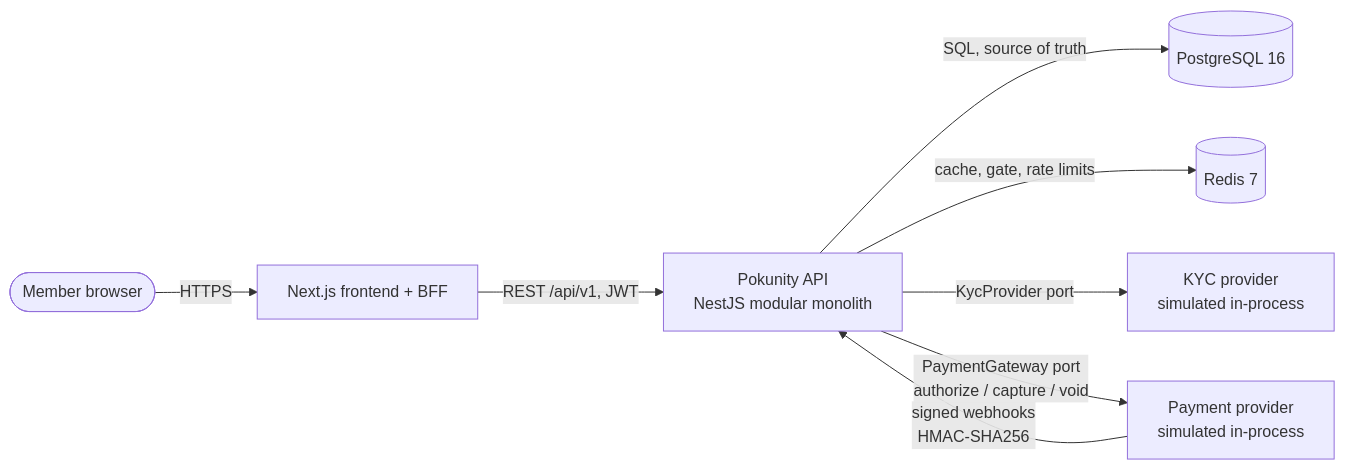
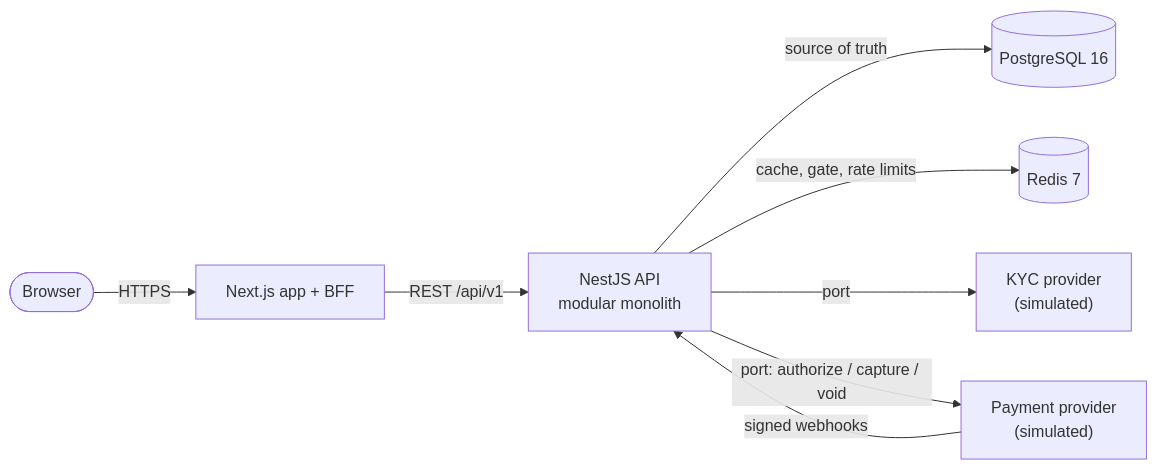
One commit to ehamamrah/Pokunity changed the first of 3 diagrams in docs/architecture/overview.md. Above: the diagram before and after it, drawn with Mermaid. The commit also changed other lines of this file and 12 other files, not shown here.

Commit message:
Shorten architecture, frontend and performance docs

````diff
--- a/docs/architecture/overview.md
+++ b/docs/architecture/overview.md
@@ -12,10 +9,10 @@
 ```mermaid
 flowchart LR
-  member([Member browser]) -->|HTTPS| fe[Next.js frontend + BFF]
-  fe -->|REST /api/v1, JWT| api[Pokunity API<br/>NestJS modular monolith]
-  api -->|SQL, source of truth| pg[(PostgreSQL 16)]
+  member([Browser]) -->|HTTPS| fe["Next.js app + BFF"]
+  fe -->|REST /api/v1| api["NestJS API<br/>modular monolith"]
+  api -->|source of truth| pg[(PostgreSQL 16)]
   api -->|cache, gate, rate limits| redis[(Redis 7)]
-  api -->|KycProvider port| kyc[KYC provider<br/>simulated in-process]
-  api -->|PaymentGateway port<br/>authorize / capture / void| psp[Payment provider<br/>simulated in-process]
-  psp -->|signed webhooks<br/>HMAC-SHA256| api
+  api -->|port| kyc["KYC provider<br/>(simulated)"]
+  api -->|"port: authorize / capture / void"| psp["Payment provider<br/>(simulated)"]
+  psp -->|signed webhooks| api
 ```
````
